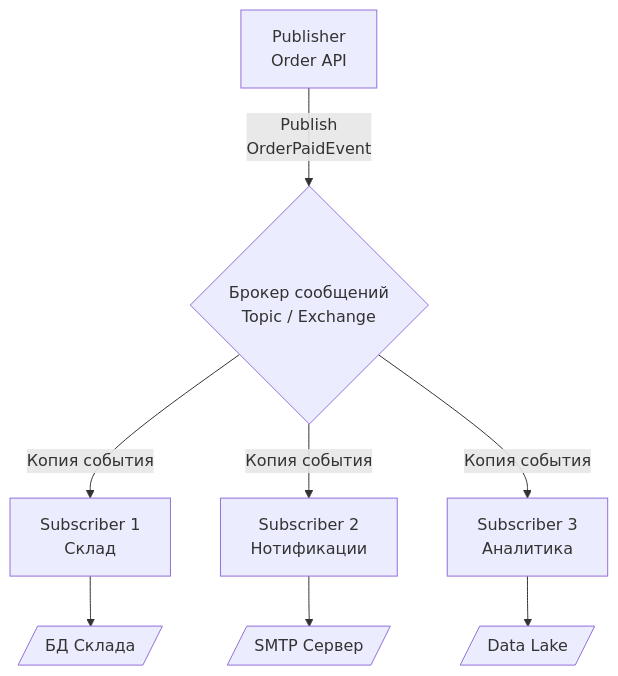
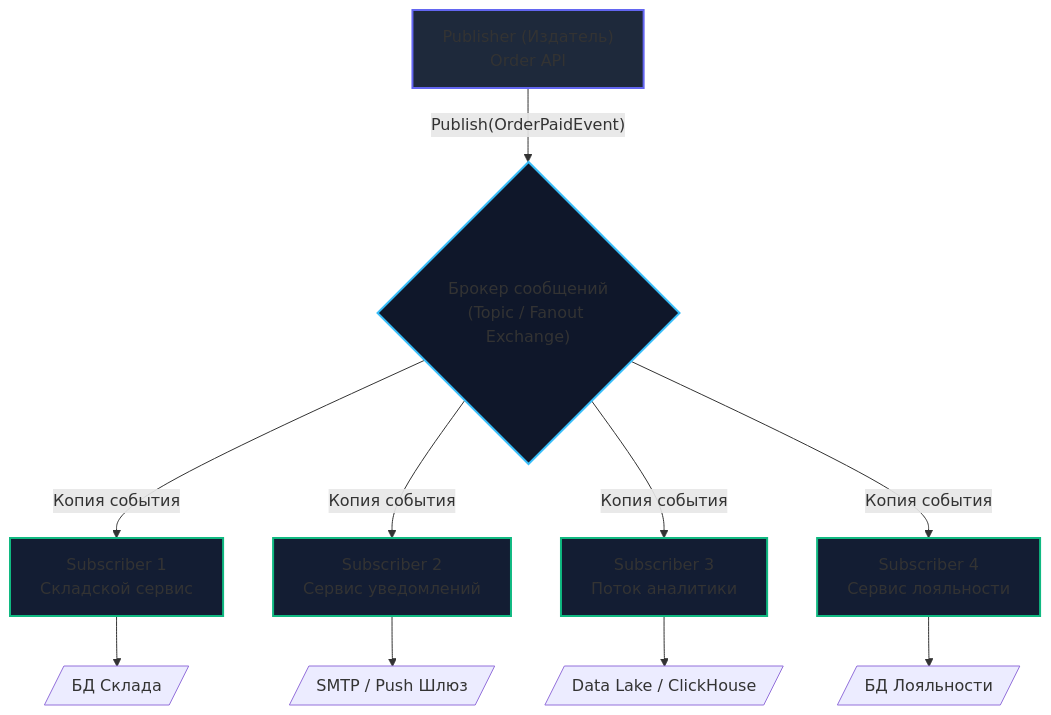
Before and after one commit to UnrealTemplier/go-textbook: the diagram in sources/13. Очереди, брокеры сообщений и оркестраторы/05. Паттерны и архитектура/1. Pub Sub.md, drawn with Mermaid. The commit also changed other lines of this file, not shown here.

````diff
--- a/sources/13. Очереди, брокеры сообщений и оркестраторы/05. Паттерны и архитектура/1. Pub Sub.md
+++ b/sources/13. Очереди, брокеры сообщений и оркестраторы/05. Паттерны и архитектура/1. Pub Sub.md
@@ -21,12 +44,21 @@
 ```mermaid
 flowchart TD
-    P["Publisher<br>Order API"] -->|"Publish<br>OrderPaidEvent"| B{"Брокер сообщений<br>Topic / Exchange"}
+    P["Publisher (Издатель)<br>Order API"] -->|"Publish(OrderPaidEvent)"| B{"Брокер сообщений<br>(Topic / Fanout Exchange)"}
     
-    B -->|"Копия события"| S1["Subscriber 1<br>Склад"]
-    B -->|"Копия события"| S2["Subscriber 2<br>Нотификации"]
-    B -->|"Копия события"| S3["Subscriber 3<br>Аналитика"]
+    B -->|"Копия события"| S1["Subscriber 1<br>Складской сервис"]
+    B -->|"Копия события"| S2["Subscriber 2<br>Сервис уведомлений"]
+    B -->|"Копия события"| S3["Subscriber 3<br>Поток аналитики"]
+    B -->|"Копия события"| S4["Subscriber 4<br>Сервис лояльности"]
     
     S1 --> D1[/"БД Склада"/]
-    S2 --> D2[/"SMTP Сервер"/]
-    S3 --> D3[/"Data Lake"/]
+    S2 --> D2[/"SMTP / Push Шлюз"/]
+    S3 --> D3[/"Data Lake / ClickHouse"/]
+    S4 --> D4[/"БД Лояльности"/]
+
+    style P fill:#1e293b,stroke:#6366f1,stroke-width:2px
+    style B fill:#0f172a,stroke:#38bdf8,stroke-width:2px
+    style S1 fill:#131d33,stroke:#10b981,stroke-width:2px
+    style S2 fill:#131d33,stroke:#10b981,stroke-width:2px
+    style S3 fill:#131d33,stroke:#10b981,stroke-width:2px
+    style S4 fill:#131d33,stroke:#10b981,stroke-width:2px
 ```
````
